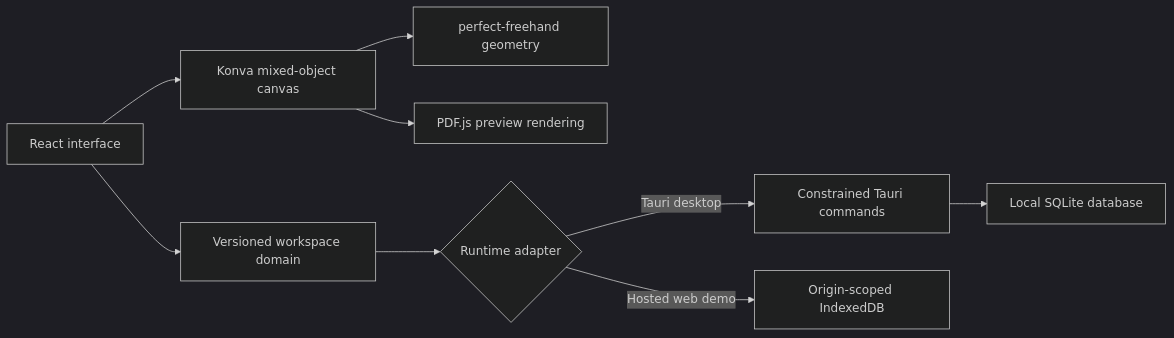
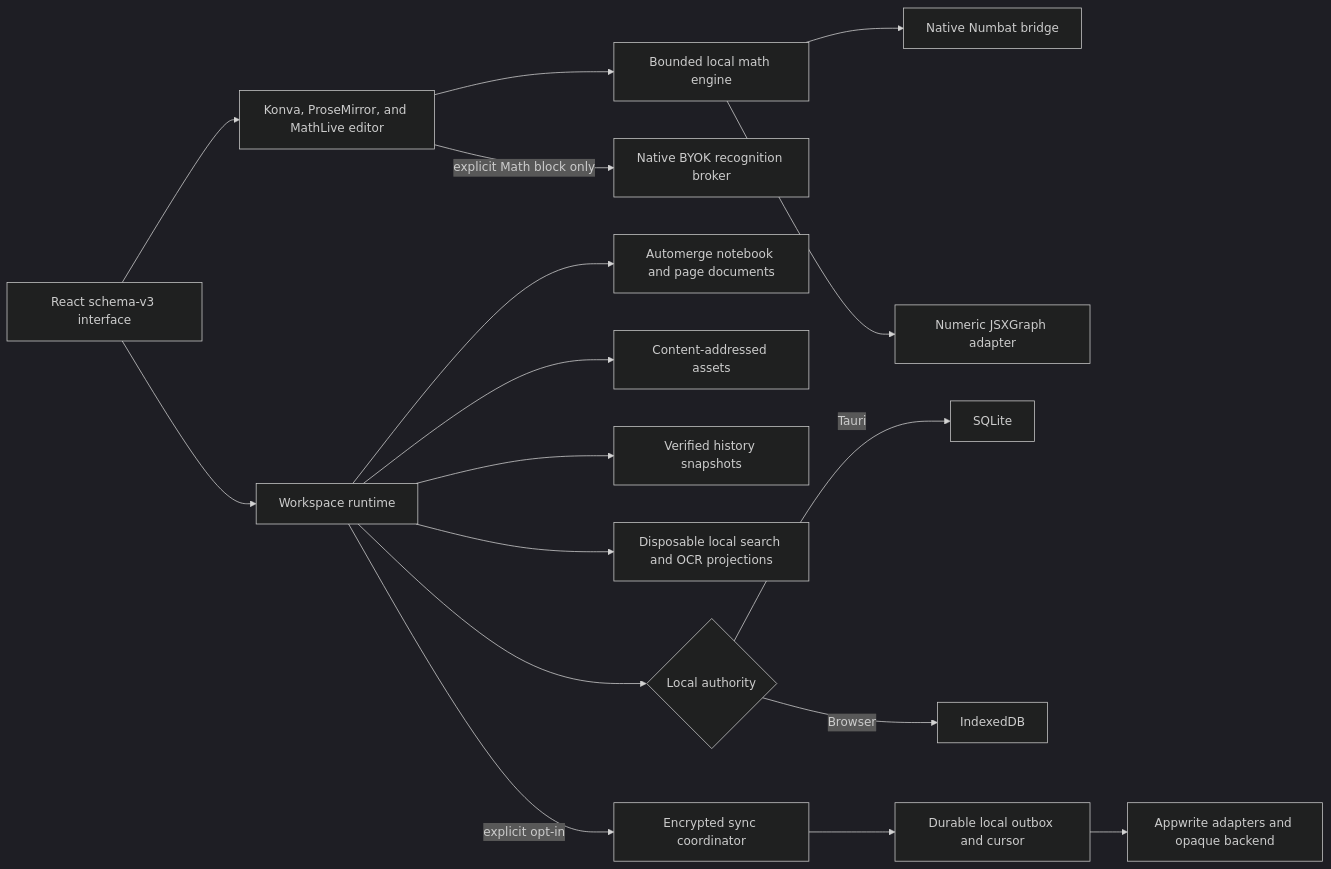
Before and after one commit to arturict/canvink: the diagram in docs/architecture.md, drawn with Mermaid (dark theme). The commit also changed other lines of this file and 1085 other files, not shown here.

````diff
--- a/docs/architecture.md
+++ b/docs/architecture.md
@@ -9,11 +9,19 @@
 ```mermaid
 flowchart LR
-  UI["React interface"] --> Domain["Versioned workspace domain"]
-  UI --> Canvas["Konva mixed-object canvas"]
-  Canvas --> Ink["perfect-freehand geometry"]
-  Canvas --> PDF["PDF.js preview rendering"]
-  Domain --> Adapter{"Runtime adapter"}
-  Adapter -->|Tauri desktop| Commands["Constrained Tauri commands"]
-  Commands --> SQLite["Local SQLite database"]
-  Adapter -->|Hosted web demo| IDB["Origin-scoped IndexedDB"]
+  UI["React schema-v3 interface"] --> Runtime["Workspace runtime"]
+  UI --> Canvas["Konva, ProseMirror, and MathLive editor"]
+  Canvas --> Math["Bounded local math engine"]
+  Math --> Units["Native Numbat bridge"]
+  Math --> Graphs["Numeric JSXGraph adapter"]
+  Canvas -->|"explicit Math block only"| Recognition["Native BYOK recognition broker"]
+  Runtime --> Repo["Automerge notebook and page documents"]
+  Runtime --> Assets["Content-addressed assets"]
+  Runtime --> History["Verified history snapshots"]
+  Runtime --> Search["Disposable local search and OCR projections"]
+  Runtime --> Adapter{"Local authority"}
+  Adapter -->|Tauri| SQLite["SQLite"]
+  Adapter -->|Browser| IDB["IndexedDB"]
+  Runtime -->|explicit opt-in| Sync["Encrypted sync coordinator"]
+  Sync --> Outbox["Durable local outbox and cursor"]
+  Outbox --> Appwrite["Appwrite adapters and opaque backend"]
 ```
````
